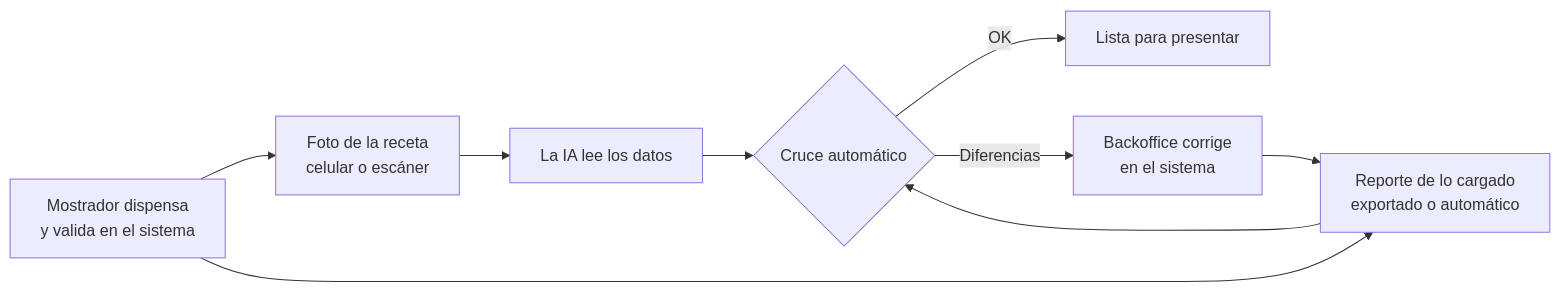
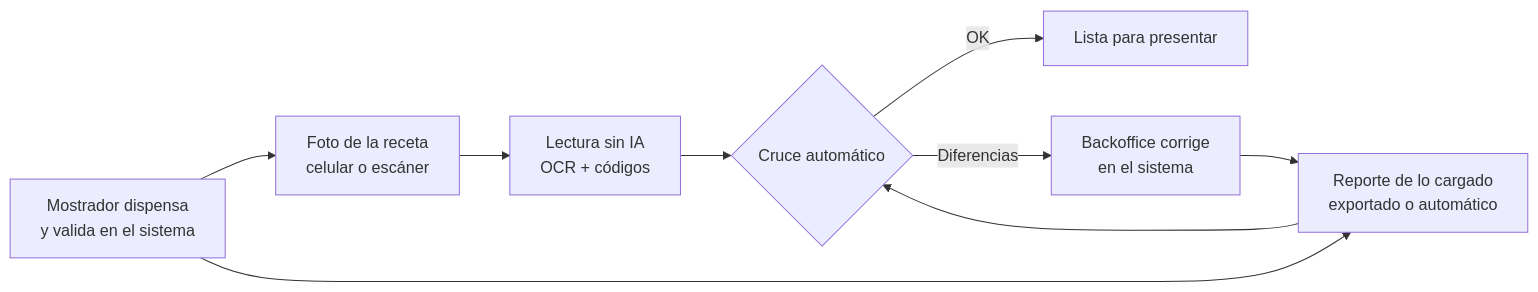
The first of 2 diagrams in gestifarma/docs/propuesta.md (Esteban-Arteaga/script-utiles-), drawn with Mermaid before and after one commit. The commit also changed other lines of this file and 30 other files, not shown here.

First line of the commit message:
Leer recetas sin IA ni costo por receta (OCR local + verificación)

````diff
--- a/gestifarma/docs/propuesta.md
+++ b/gestifarma/docs/propuesta.md
@@ -33,11 +34,11 @@
 ```mermaid
 flowchart LR
     A[Mostrador dispensa<br/>y valida en el sistema] --> B[Foto de la receta<br/>celular o escáner]
-    B --> C[La IA lee los datos]
+    B --> C[Lectura sin IA<br/>OCR + códigos]
     A --> D[Reporte de lo cargado<br/>exportado o automático]
     C --> E{Cruce automático}
     D --> E
     E -->|OK| F[Lista para presentar]
     E -->|Diferencias| G[Backoffice corrige<br/>en el sistema]
     G --> D
 ```
````
